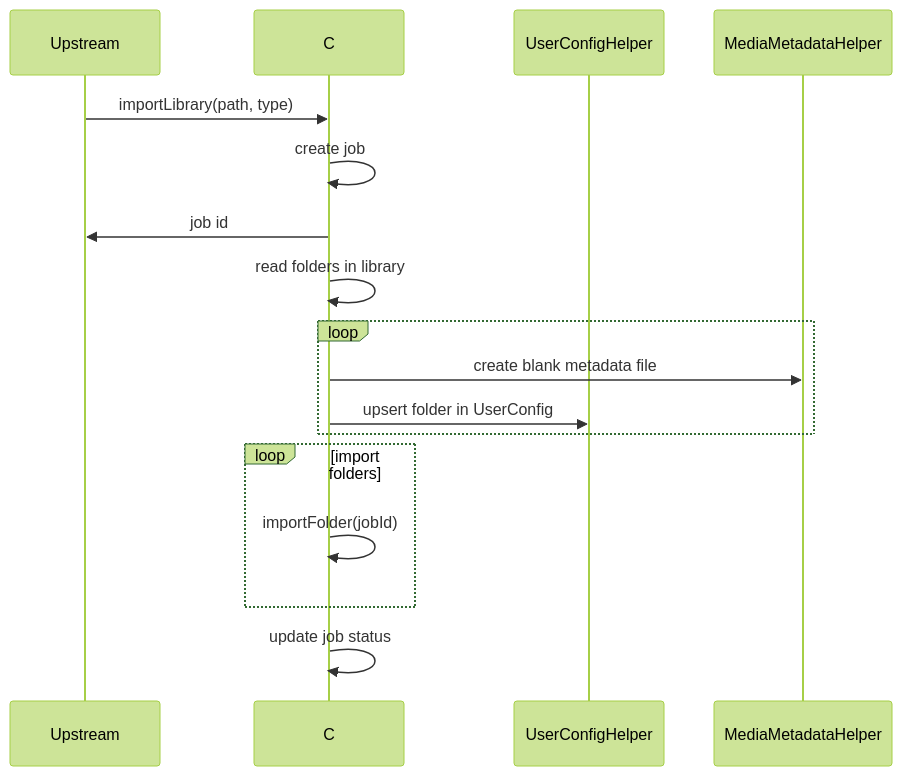
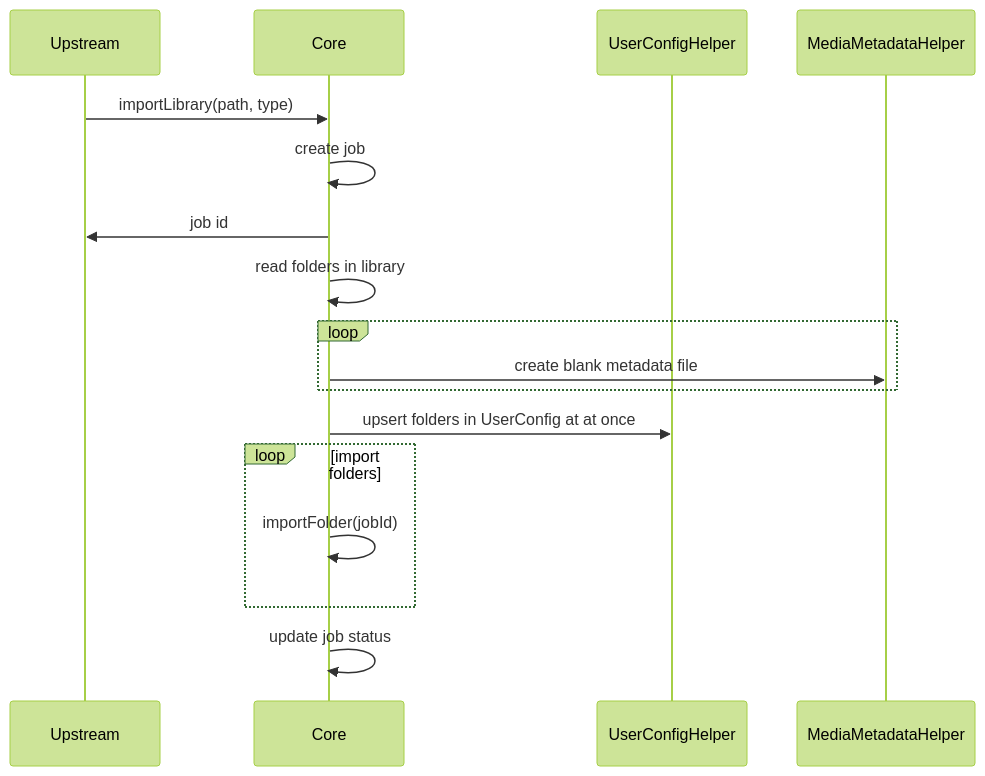
Before and after one commit to lawrenceching/SMM: the first of 3 diagrams in docs/dev/import-library.md, drawn with Mermaid (forest theme). The commit also changed 6 other files, not shown here.

First line of the commit message:
feat(core): two-phase importLibrary with batch folder registration

````diff
--- a/docs/dev/import-library.md
+++ b/docs/dev/import-library.md
@@ -10,20 +10,20 @@
 ```mermaid
 sequenceDiagram
   participant U as Upstream
-  participant C as C
+  participant C as Core
   participant UC as UserConfigHelper
   participant M as MediaMetadataHelper
 
   U->>C: importLibrary(path, type)
   C->>C: create job
   C->>U: job id
   C->>C: read folders in library
   loop #1: for each folder
     C->>M: create blank metadata file
-    C->>UC: upsert folder in UserConfig
   end
+  C->>UC: upsert folders in UserConfig at at once
   loop import folders
     C->>C: importFolder(jobId)
   end
   C->>C: update job status
 ```
````
